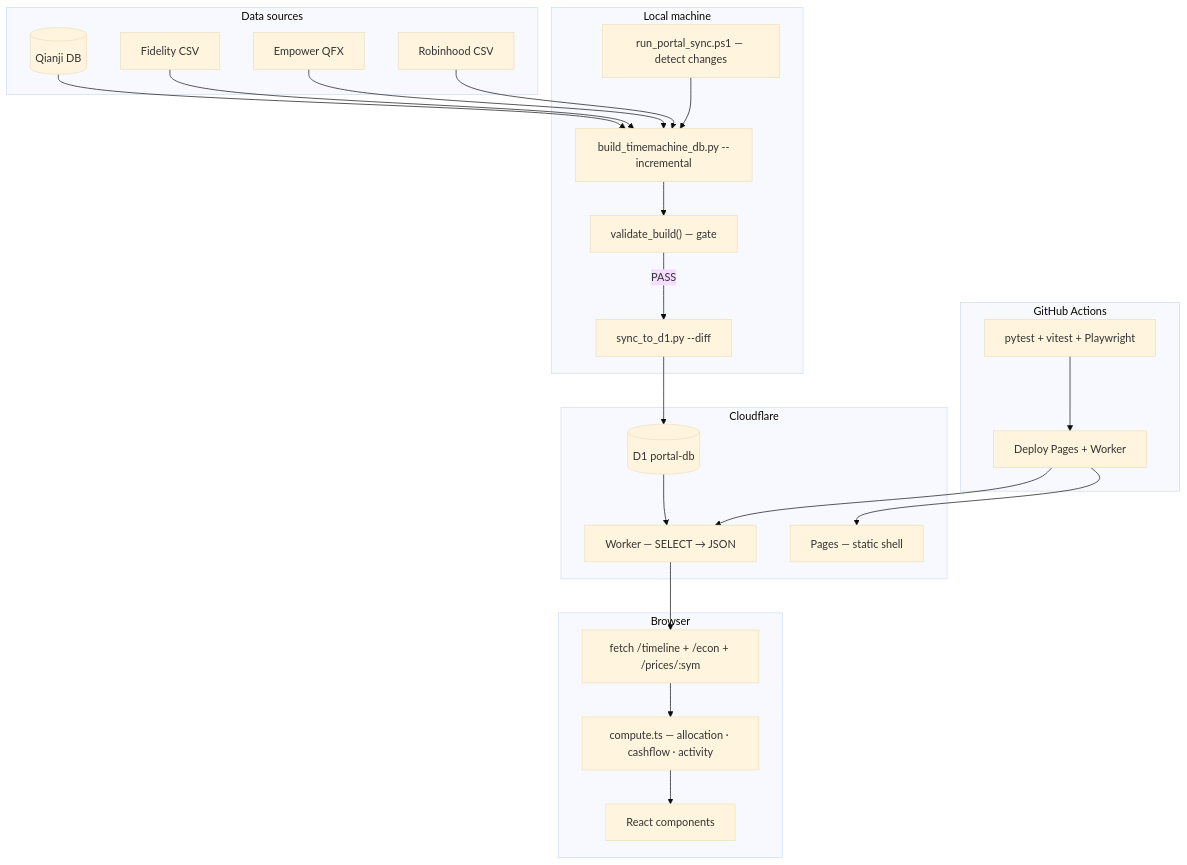
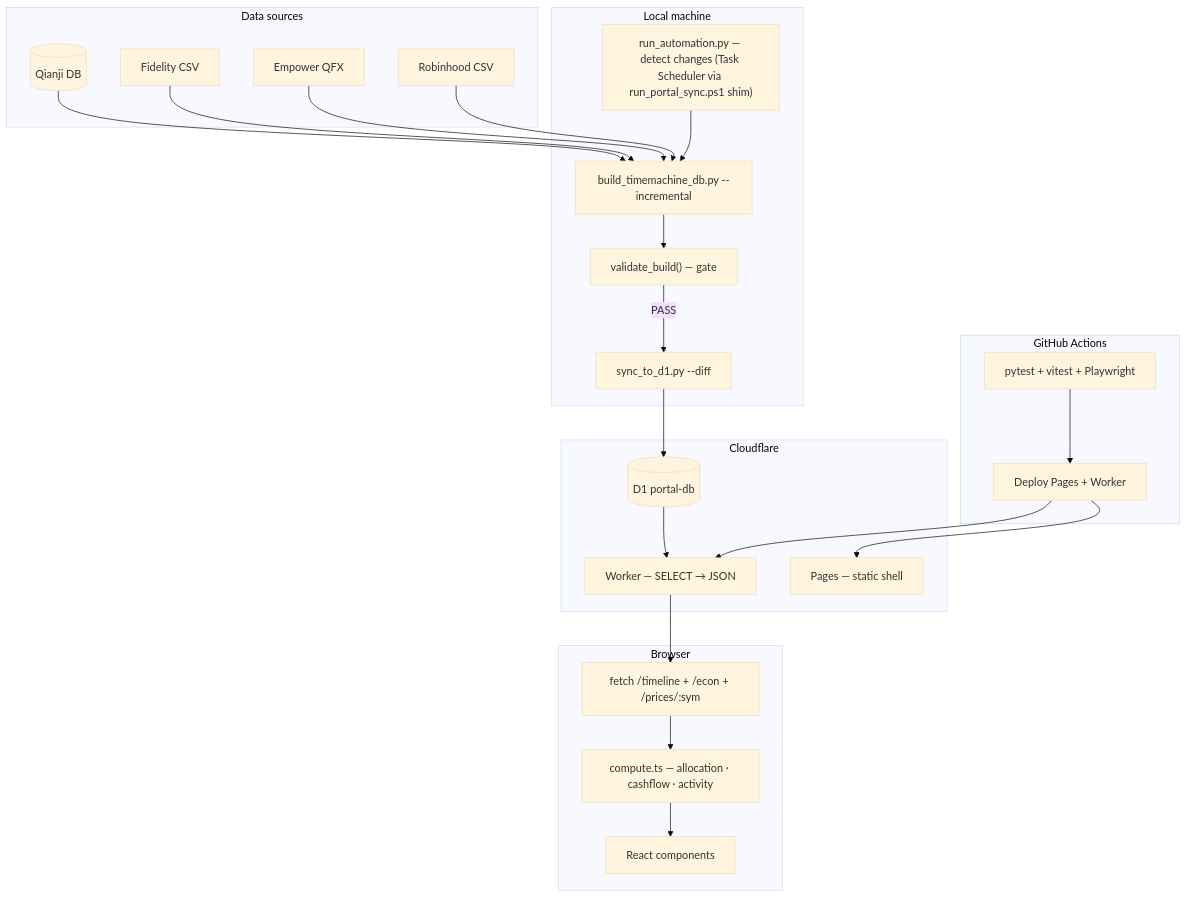
One commit to Guoyuer/portal changed the diagram in docs/ARCHITECTURE.md. Above: the diagram before and after it, drawn with Mermaid (base theme). The commit also changed other lines of this file and 5 other files, not shown here.

````diff
--- a/docs/ARCHITECTURE.md
+++ b/docs/ARCHITECTURE.md
@@ -7,39 +7,39 @@
 ```mermaid
 graph TB
     subgraph Local["Local machine"]
-        DETECT["run_portal_sync.ps1 — detect changes"]
+        DETECT["run_automation.py — detect changes (Task Scheduler via run_portal_sync.ps1 shim)"]
         BUILD["build_timemachine_db.py --incremental"]
         VALIDATE["validate_build() — gate"]
         DIFF["sync_to_d1.py --diff"]
     end
 
     subgraph Sources["Data sources"]
         QJ[(Qianji DB)]
         FID[Fidelity CSV]
         QFX[Empower QFX]
         RH[Robinhood CSV]
     end
 
     subgraph Cloud["Cloudflare"]
         D1[(D1 portal-db)]
         WORKER["Worker — SELECT → JSON"]
         PAGES["Pages — static shell"]
     end
 
     subgraph Frontend["Browser"]
         FETCH["fetch /timeline + /econ + /prices/:sym"]
         COMPUTE["compute.ts — allocation · cashflow · activity"]
         UI["React components"]
     end
 
     subgraph CI["GitHub Actions"]
         TEST["pytest + vitest + Playwright"]
         DEPLOY["Deploy Pages + Worker"]
     end
 
     QJ & FID & QFX & RH --> BUILD
     DETECT --> BUILD --> VALIDATE
     VALIDATE -->|PASS| DIFF --> D1
     D1 --> WORKER --> FETCH --> COMPUTE --> UI
     TEST --> DEPLOY --> PAGES & WORKER
 ```
````
